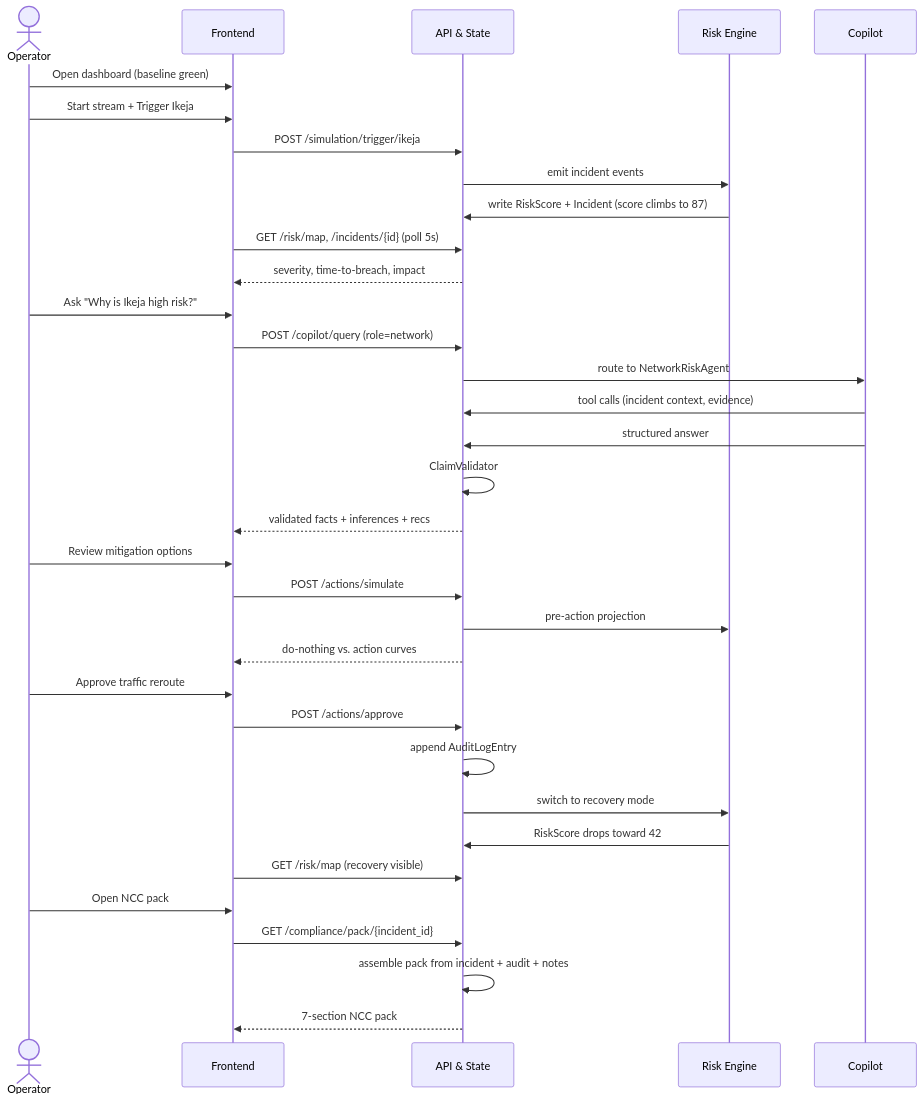
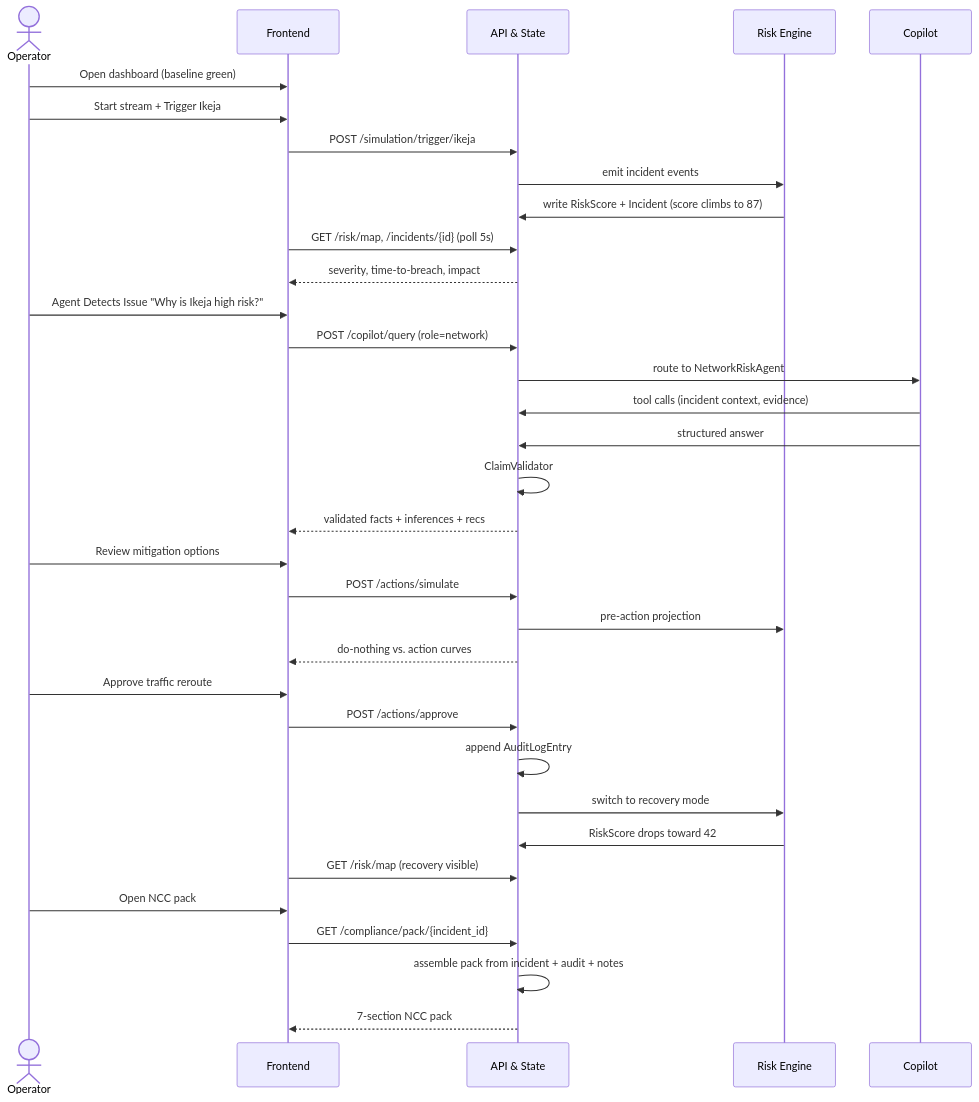
Before and after one commit to Marvellousabio/riskguard_ai: the first of 2 diagrams in docs/MVP_BLUEPRINT.md, drawn with Mermaid. The commit also changed other lines of this file and 2 other files, not shown here.

````diff
--- a/docs/MVP_BLUEPRINT.md
+++ b/docs/MVP_BLUEPRINT.md
@@ -21,41 +21,41 @@
 ```mermaid
 sequenceDiagram
     actor Op as Operator
     participant FE as Frontend
     participant API as API & State
     participant ENG as Risk Engine
     participant COP as Copilot
 
     Op->>FE: Open dashboard (baseline green)
     Op->>FE: Start stream + Trigger Ikeja
     FE->>API: POST /simulation/trigger/ikeja
     API->>ENG: emit incident events
     ENG->>API: write RiskScore + Incident (score climbs to 87)
     FE->>API: GET /risk/map, /incidents/{id} (poll 5s)
     API-->>FE: severity, time-to-breach, impact
 
-    Op->>FE: Ask "Why is Ikeja high risk?"
+    Op->>FE: Agent Detects Issue "Why is Ikeja high risk?"
     FE->>API: POST /copilot/query (role=network)
     API->>COP: route to NetworkRiskAgent
     COP->>API: tool calls (incident context, evidence)
     COP->>API: structured answer
     API->>API: ClaimValidator
     API-->>FE: validated facts + inferences + recs
 
     Op->>FE: Review mitigation options
     FE->>API: POST /actions/simulate
     API->>ENG: pre-action projection
     API-->>FE: do-nothing vs. action curves
 
     Op->>FE: Approve traffic reroute
     FE->>API: POST /actions/approve
     API->>API: append AuditLogEntry
     API->>ENG: switch to recovery mode
     ENG->>API: RiskScore drops toward 42
     FE->>API: GET /risk/map (recovery visible)
 
     Op->>FE: Open NCC pack
     FE->>API: GET /compliance/pack/{incident_id}
     API->>API: assemble pack from incident + audit + notes
     API-->>FE: 7-section NCC pack
 ```
````
